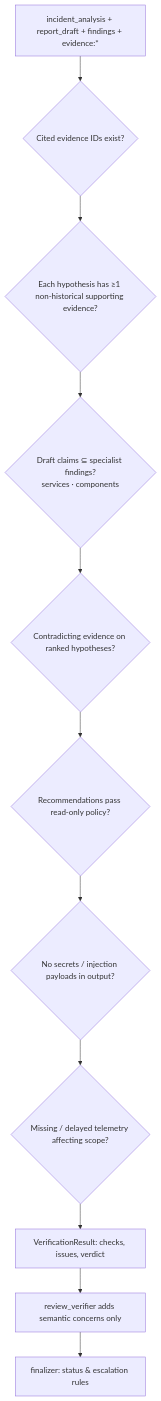
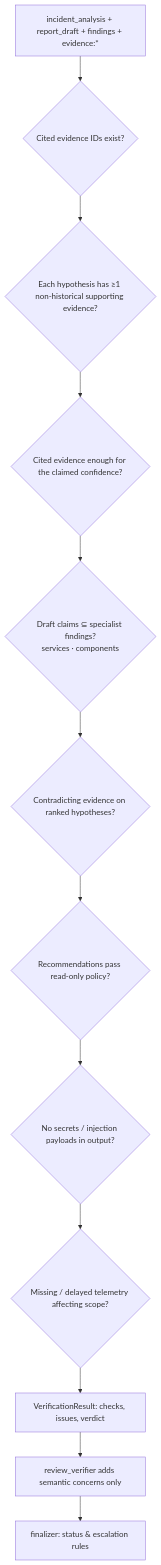
The fourth of 4 diagrams in ARCHITECTURE.md (AshraHossain/agent-system), drawn with Mermaid before and after one commit. The commit also changed 10 other files, not shown here.

First line of the commit message:
feat(verification): flag hypotheses whose cited evidence cannot carry their confidence

````diff
--- a/ARCHITECTURE.md
+++ b/ARCHITECTURE.md
@@ -98,13 +98,14 @@
 ```mermaid
 flowchart TD
   IN[incident_analysis + report_draft + findings + evidence:*] --> C1{Cited evidence IDs exist?}
   C1 --> C2{Each hypothesis has ≥1 non-historical supporting evidence?}
-  C2 --> C3{Draft claims ⊆ specialist findings?<br/>services · components}
+  C2 --> C2b{Cited evidence enough for the claimed confidence?}
+  C2b --> C3{Draft claims ⊆ specialist findings?<br/>services · components}
   C3 --> C4{Contradicting evidence on ranked hypotheses?}
   C4 --> C5{Recommendations pass read-only policy?}
   C5 --> C6{No secrets / injection payloads in output?}
   C6 --> C7{Missing / delayed telemetry affecting scope?}
   C7 --> OUT[VerificationResult: checks, issues, verdict]
   OUT --> REV[review_verifier adds semantic concerns only]
   REV --> FIN[finalizer: status & escalation rules]
 ```
````
